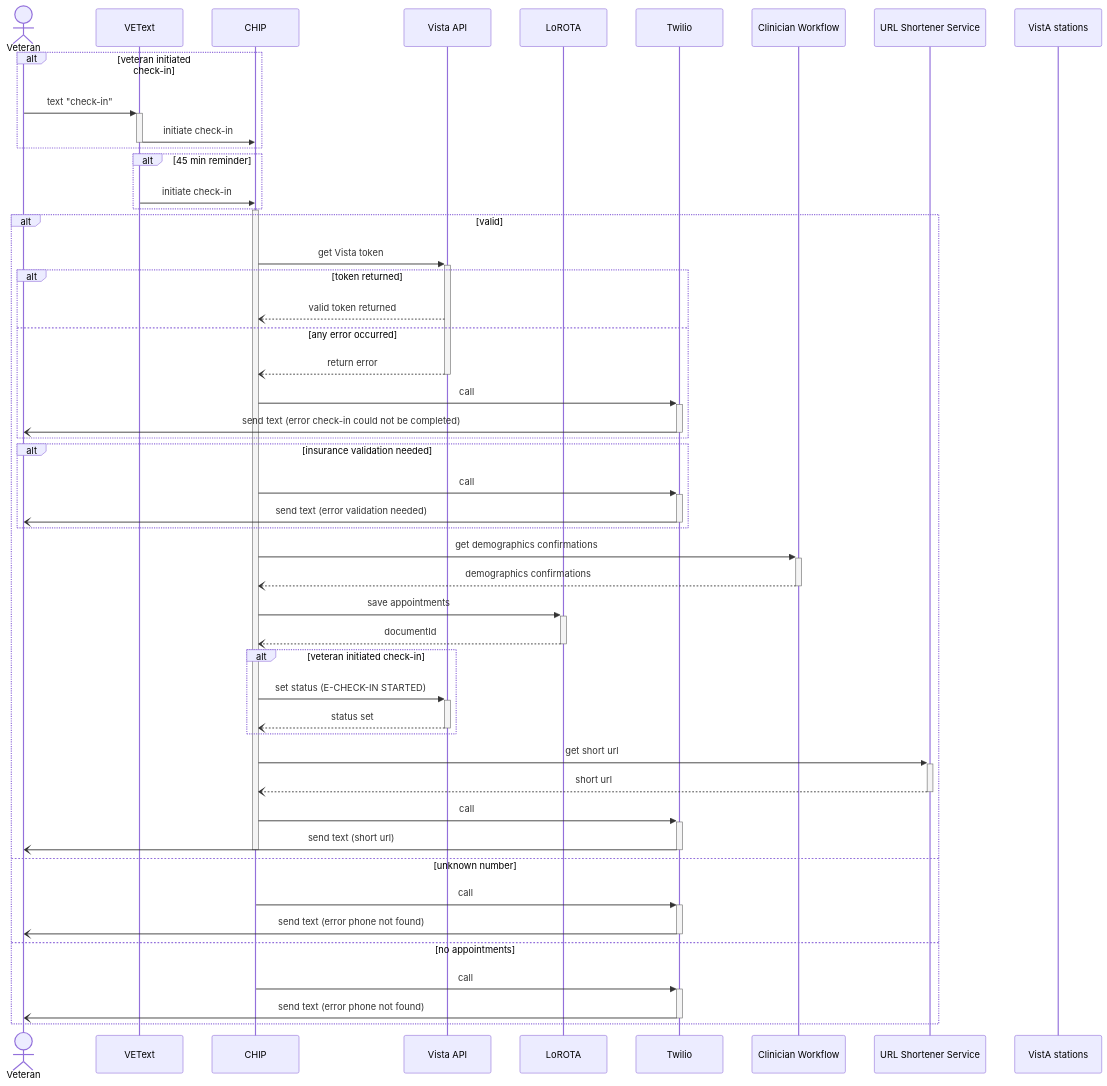
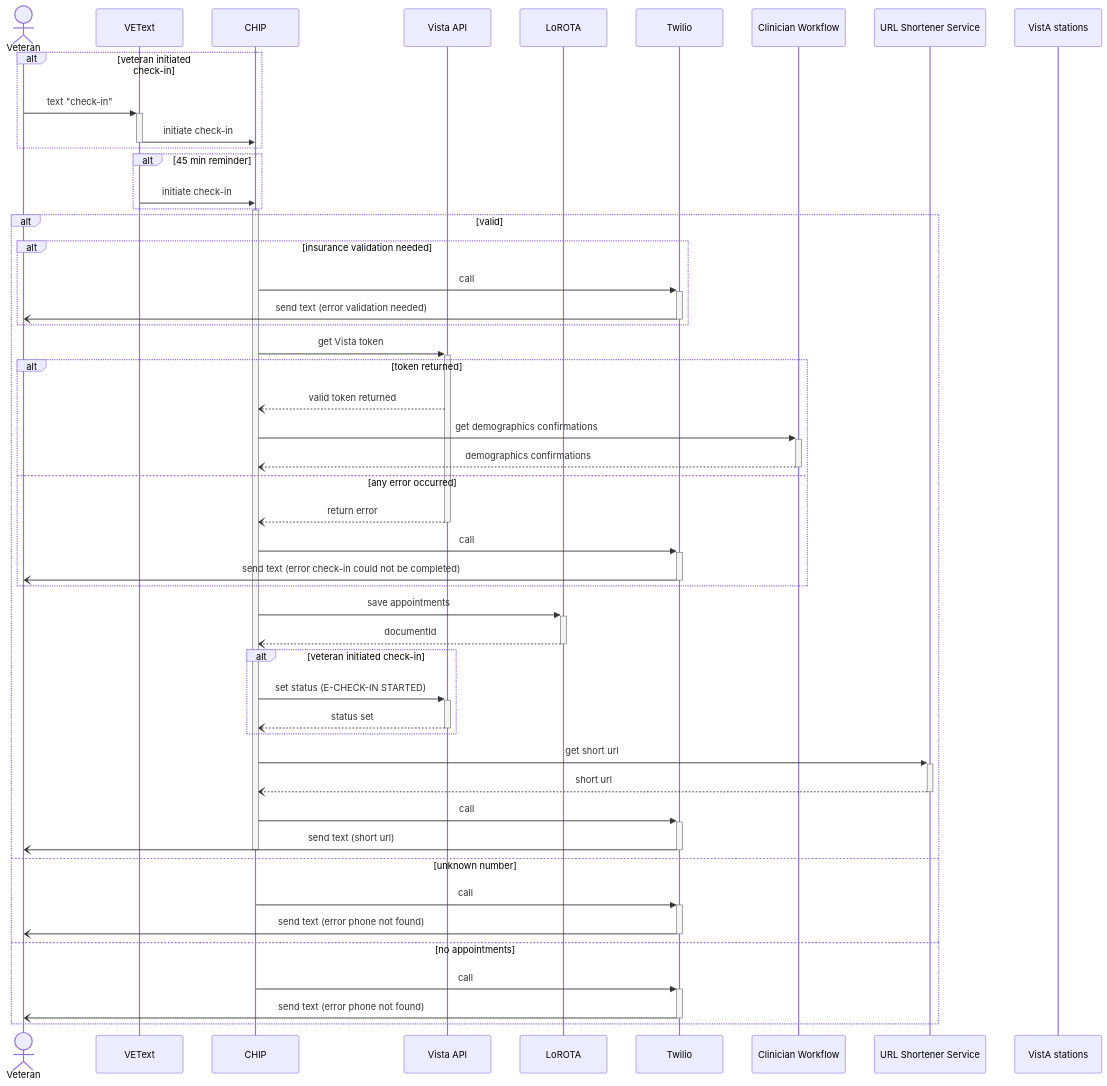
The first of 4 diagrams in products/health-care/checkin/engineering/architecture-diagrams/sequenceDiagram_checkInExp.md (department-of-veterans-affairs/va.gov-team), drawn with Mermaid before and after one commit.

````diff
--- a/products/health-care/checkin/engineering/architecture-diagrams/sequenceDiagram_checkInExp.md
+++ b/products/health-care/checkin/engineering/architecture-diagrams/sequenceDiagram_checkInExp.md
@@ -10,54 +10,54 @@
 ```mermaid
 sequenceDiagram
     actor vet as Veteran
     participant vt as VEText
     participant c as CHIP
     participant va as Vista API
     participant l as LoROTA
     participant t as Twilio
     participant cw as Clinician Workflow
     participant url as URL Shortener Service
     participant vas as VistA stations
 
     alt veteran initiated check-in
     vet->>+vt: text "check-in"
     vt->>-c: initiate check-in
     end
     alt 45 min reminder
     vt->>c: initiate check-in
     end
     activate c
     alt valid
+      alt insurance validation needed
+        c->>+t: call
+        t-)-vet: send text (error validation needed)
+      end
       c->>+va: get Vista token
       alt token returned
         va--)c: valid token returned
+        c->>+cw: get demographics confirmations
+        cw--)-c: demographics confirmations
       else any error occurred
         va--)-c: return error
         c->>+t: call
         t-)-vet: send text (error check-in could not be completed)
       end
-      alt insurance validation needed
-        c->>+t: call
-        t-)-vet: send text (error validation needed)
-      end
-      c->>+cw: get demographics confirmations
-      cw--)-c: demographics confirmations
       c->>+l: save appointments
       l--)-c: documentId
       alt veteran initiated check-in
         c->>+va: set status (E-CHECK-IN STARTED)
         va--)-c: status set
       end
       c->>+url: get short url
       url--)-c: short url
       c->>+t: call
       t-)-vet: send text (short url)
       deactivate c
     else unknown number
       c->>+t: call
       t-)-vet: send text (error phone not found)
     else no appointments
       c->>+t: call
       t-)-vet: send text (error phone not found)
     end
 ```
````
